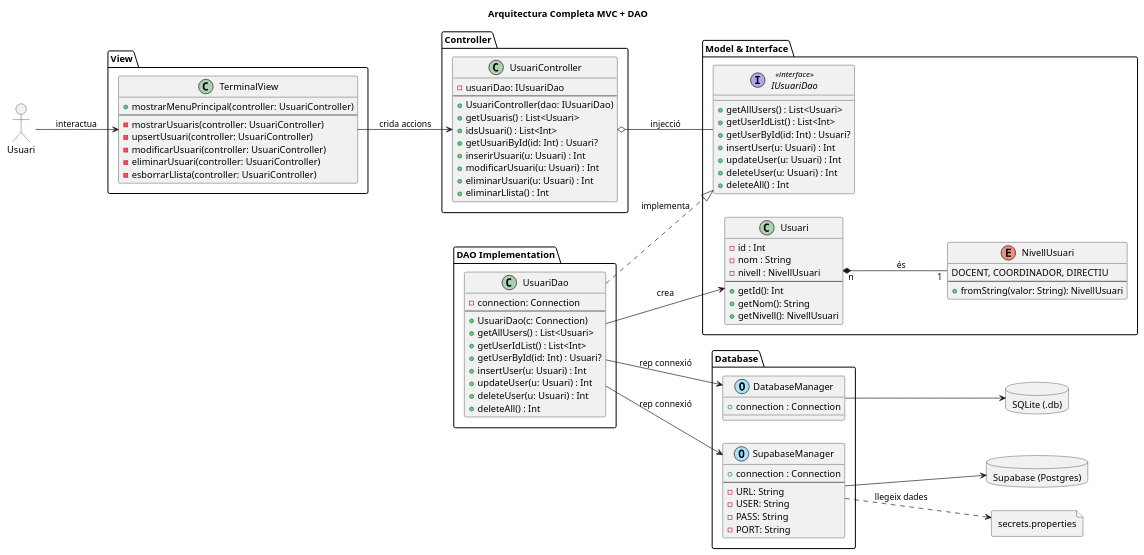
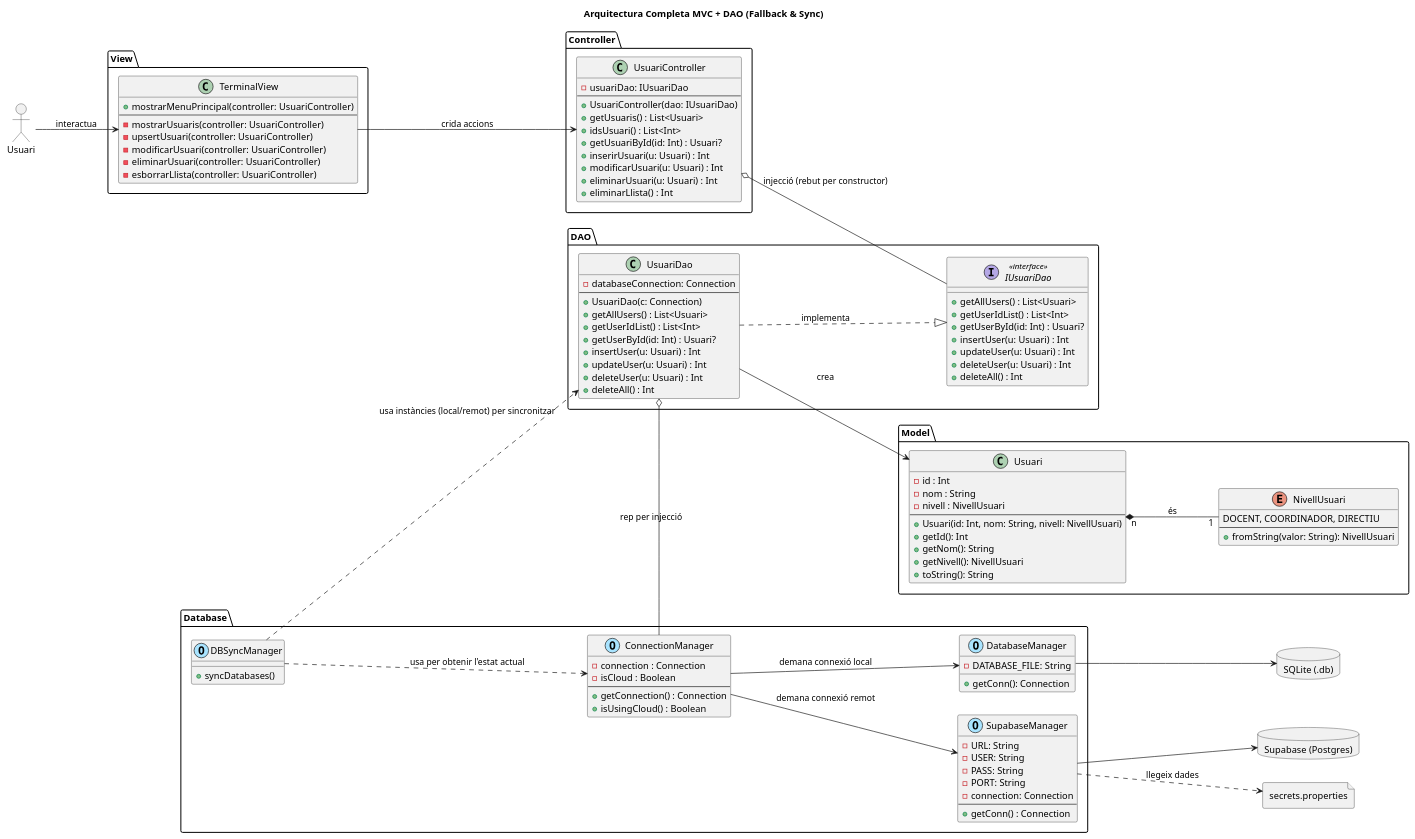
Before and after one commit to ITEC-BCN/mp03-uf6-demo-kotlin-database-access: the diagram in src/main/kotlin/uml/SystemDiagram-II.puml, drawn with PlantUML. The commit also changed 7 other files, not shown here.

Commit message:
feat: add ConnectionManager.kt to deal with local and remote BD connections and DBSyncManager.kt to sync among DBs

```diff
--- a/src/main/kotlin/uml/SystemDiagram-II.puml
+++ b/src/main/kotlin/uml/SystemDiagram-II.puml
@@ -1,116 +1,139 @@
 @startuml
 allowmixing
 
 left to right direction
 
-title Arquitectura Completa MVC + DAO
+title Arquitectura Completa MVC + DAO (Fallback & Sync)
 
 actor "Usuari" as User
 
 package "View" {
     class TerminalView {
         +mostrarMenuPrincipal(controller: UsuariController)
         --
         -mostrarUsuaris(controller: UsuariController)
         -upsertUsuari(controller: UsuariController)
         -modificarUsuari(controller: UsuariController)
         -eliminarUsuari(controller: UsuariController)
         -esborrarLlista(controller: UsuariController)
     }
 }
 
 package "Controller" {
     class UsuariController {
         -usuariDao: IUsuariDao
         --
         +UsuariController(dao: IUsuariDao)
         +getUsuaris() : List<Usuari>
         +idsUsuari() : List<Int>
         +getUsuariById(id: Int) : Usuari?
         +inserirUsuari(u: Usuari) : Int
         +modificarUsuari(u: Usuari) : Int
         +eliminarUsuari(u: Usuari) : Int
         +eliminarLlista() : Int
     }
 }
 
-package "Model & Interface" {
+package "Model" {
+    class Usuari {
+        -id : Int
+        -nom : String
+        -nivell : NivellUsuari
+        --
+        +Usuari(id: Int, nom: String, nivell: NivellUsuari)
+        +getId(): Int
+        +getNom(): String
+        +getNivell(): NivellUsuari
+        +toString(): String
+    }
+
+    enum NivellUsuari {
+        DOCENT, COORDINADOR, DIRECTIU
+        --
+        +fromString(valor: String): NivellUsuari
+    }
+}
+
+package "DAO" {
     interface IUsuariDao <<interface>> {
         +getAllUsers() : List<Usuari>
         +getUserIdList() : List<Int>
         +getUserById(id: Int) : Usuari?
         +insertUser(u: Usuari) : Int
         +updateUser(u: Usuari) : Int
         +deleteUser(u: Usuari) : Int
         +deleteAll() : Int
     }
 
-    class Usuari {
-        -id : Int
-        -nom : String
-        -nivell : NivellUsuari
-        --
-        +getId(): Int
-        +getNom(): String
-        +getNivell(): NivellUsuari
-    }
-
-    enum NivellUsuari {
-        DOCENT, COORDINADOR, DIRECTIU
-        --
-        +fromString(valor: String): NivellUsuari
-    }
-}
-
-package "DAO Implementation" {
     class UsuariDao {
-        -connection: Connection
+        -databaseConnection: Connection
         --
         +UsuariDao(c: Connection)
         +getAllUsers() : List<Usuari>
         +getUserIdList() : List<Int>
         +getUserById(id: Int) : Usuari?
         +insertUser(u: Usuari) : Int
         +updateUser(u: Usuari) : Int
         +deleteUser(u: Usuari) : Int
         +deleteAll() : Int
     }
 }
 
 package "Database" {
 
+    class ConnectionManager << (O, #A9E4FF) >> {
+        -connection : Connection
+        -isCloud : Boolean
+        --
+        +getConnection() : Connection
+        +isUsingCloud() : Boolean
+    }
+
+    class DBSyncManager << (O, #A9E4FF) >> {
+        +syncDatabases()
+    }
+
     class DatabaseManager << (O, #A9E4FF) >> {
-        +connection : Connection
+        -DATABASE_FILE: String
+        +getConn(): Connection
     }
 
     class SupabaseManager << (O, #A9E4FF) >> {
-        +connection : Connection
-        --
         -URL: String
         -USER: String
         -PASS: String
         -PORT: String
+        - connection: Connection
+        --
+        +getConn() : Connection
     }
 }
 
 database "SQLite (.db)" as SQLite
 database "Supabase (Postgres)" as Supabase
-
 file "secrets.properties" as secrets
 
 ' Relacions
 User --> TerminalView : interactua
 TerminalView --> UsuariController : crida accions
-UsuariController o-- IUsuariDao : injecció
+UsuariController o-- IUsuariDao : injecció (rebut per constructor)
 
 UsuariDao ..|> IUsuariDao : implementa
 UsuariDao --> Usuari : crea
 Usuari "n" *-- "1" NivellUsuari : és
 
+' La injecció de la connexió al DAO
+UsuariDao o-- "ConnectionManager" : rep per injecció
+
 DatabaseManager --> SQLite
 SupabaseManager --> Supabase
 SupabaseManager ..> secrets : llegeix dades
-UsuariDao --> SupabaseManager : rep connexió
-UsuariDao --> DatabaseManager : rep connexió
 
+ConnectionManager --> SupabaseManager : demana connexió remot
+ConnectionManager --> DatabaseManager : demana connexió local
+DBSyncManager ..> ConnectionManager : usa per obtenir l'estat actual
+DBSyncManager ..> UsuariDao : usa instàncies (local/remot) per sincronitzar
+
+' El Main (implícit) usaria el ConnectionManager per crear el DAO
+' que després s'injecta al Controller.
 @enduml
```
